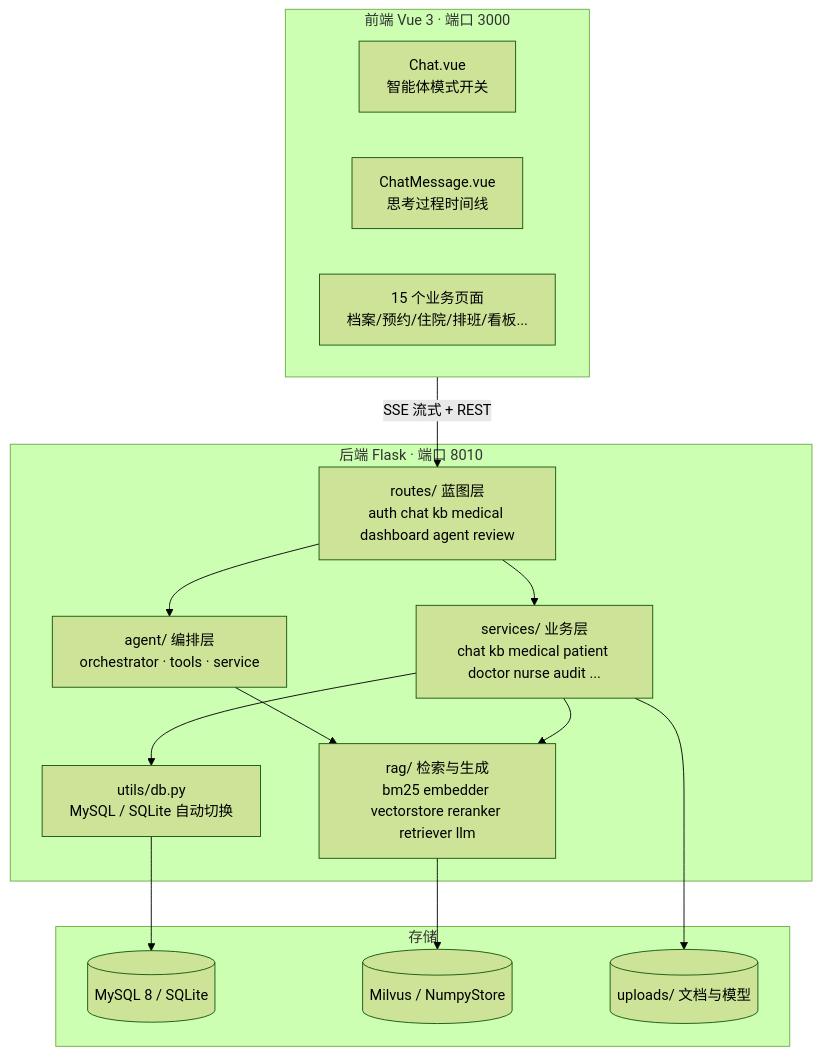
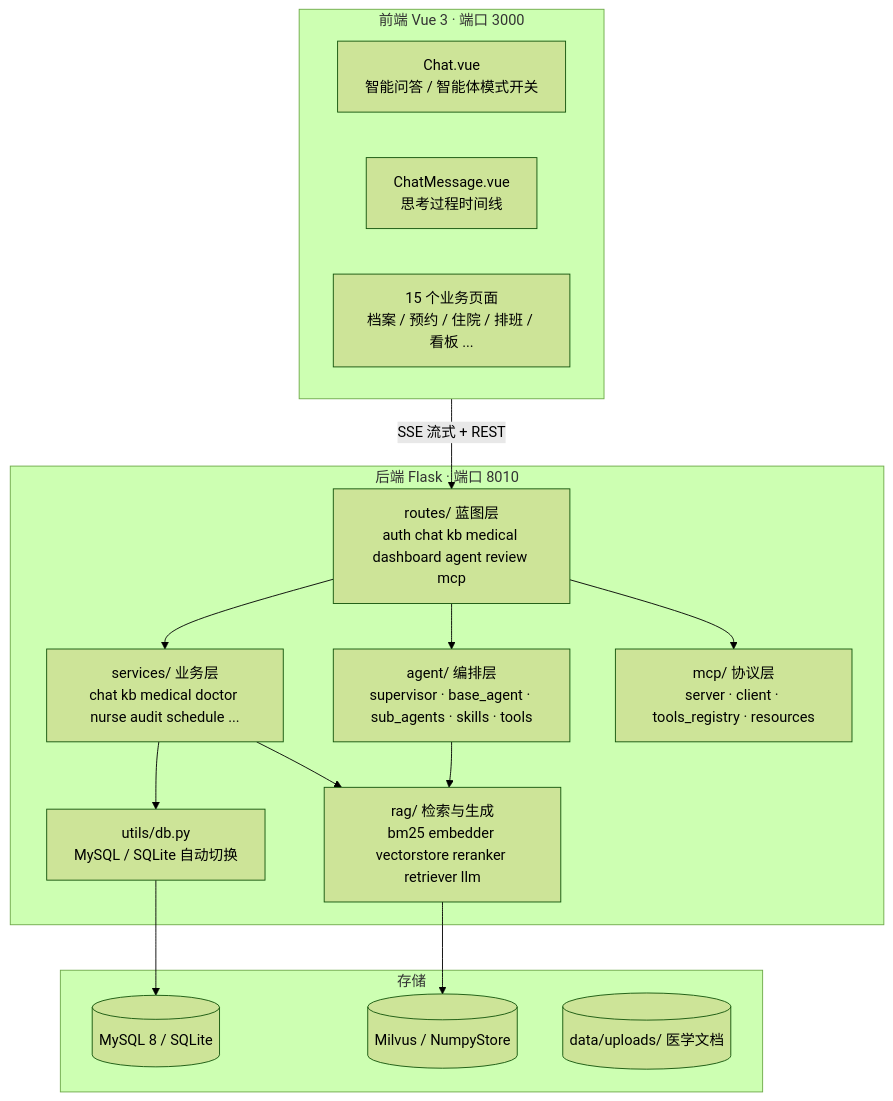
The first of 2 diagrams in README.md (SFANBLOG/medical-assistant-master), drawn with Mermaid (forest theme) before and after one commit. The commit also changed other lines of this file and 359 other files, not shown here.

````diff
--- a/README.md
+++ b/README.md
@@ -53,32 +88,33 @@
 ```mermaid
 flowchart TB
     subgraph FE["前端 Vue 3 · 端口 3000"]
-        C["Chat.vue<br/>智能体模式开关"]
+        C["Chat.vue<br/>智能问答 / 智能体模式开关"]
         V["ChatMessage.vue<br/>思考过程时间线"]
-        P["15 个业务页面<br/>档案/预约/住院/排班/看板..."]
+        P["15 个业务页面<br/>档案 / 预约 / 住院 / 排班 / 看板 ..."]
     end
 
     subgraph BE["后端 Flask · 端口 8010"]
-        R["routes/ 蓝图层<br/>auth chat kb medical dashboard agent review"]
-        S["services/ 业务层<br/>chat kb medical patient doctor nurse audit ..."]
-        A["agent/ 编排层<br/>orchestrator · tools · service"]
+        R["routes/ 蓝图层<br/>auth chat kb medical dashboard agent review mcp"]
+        S["services/ 业务层<br/>chat kb medical doctor nurse audit schedule ..."]
+        A["agent/ 编排层<br/>supervisor · base_agent · sub_agents · skills · tools"]
+        M["mcp/ 协议层<br/>server · client · tools_registry · resources"]
         G["rag/ 检索与生成<br/>bm25 embedder vectorstore reranker retriever llm"]
         D["utils/db.py<br/>MySQL / SQLite 自动切换"]
     end
 
     subgraph ST["存储"]
-        M[("MySQL 8 / SQLite")]
+        DB[("MySQL 8 / SQLite")]
         VS[("Milvus / NumpyStore")]
-        FS[("uploads/ 文档与模型")]
+        FS[("data/uploads/ 医学文档")]
     end
 
     FE -->|"SSE 流式 + REST"| R
     R --> S
     R --> A
+    R --> M
     A --> G
     S --> G
     S --> D
     G --> VS
-    D --> M
-    S --> FS
+    D --> DB
 ```
````
